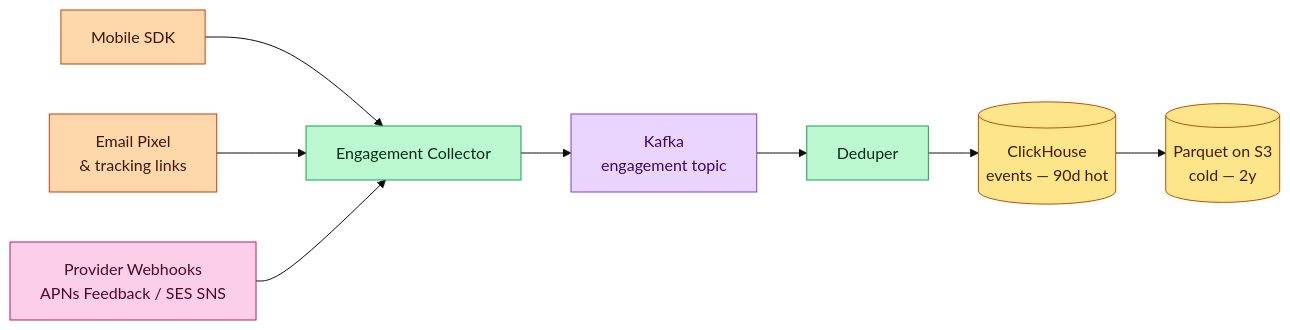
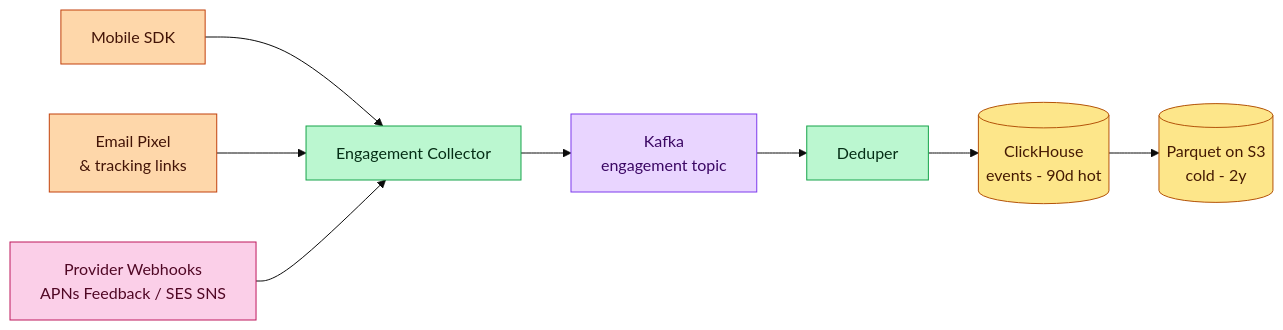
Before and after one commit to iluzn/HLD-Designs: diagram 11 of 16 in content/hld/NotificationSystem.md, drawn with Mermaid (base theme). The commit also changed other lines of this file and 45 other files, not shown here.

````diff
--- a/content/hld/NotificationSystem.md
+++ b/content/hld/NotificationSystem.md
@@ -812,25 +812,25 @@
 ```mermaid
 flowchart LR
     APP["Mobile SDK"]:::client
     EMAIL["Email Pixel<br/>& tracking links"]:::client
     PROVIDER["Provider Webhooks<br/>APNs Feedback / SES SNS"]:::external
     COLLECT["Engagement Collector"]:::service
     KAFKA["Kafka<br/>engagement topic"]:::async
     DEDUP["Deduper"]:::service
-    DWH[("ClickHouse<br/>events — 90d hot")]:::data
-    COLD[("Parquet on S3<br/>cold — 2y")]:::data
+    DWH[("ClickHouse<br/>events - 90d hot")]:::data
+    COLD[("Parquet on S3<br/>cold - 2y")]:::data
 
     APP --> COLLECT
     EMAIL --> COLLECT
     PROVIDER --> COLLECT
     COLLECT --> KAFKA
     KAFKA --> DEDUP
     DEDUP --> DWH
     DWH --> COLD
 
     classDef client fill:#fed7aa,stroke:#c2410c,color:#431407
     classDef service fill:#bbf7d0,stroke:#16a34a,color:#052e16
     classDef async fill:#e9d5ff,stroke:#7c3aed,color:#3b0764
     classDef data fill:#fde68a,stroke:#b45309,color:#451a03
     classDef external fill:#fbcfe8,stroke:#be185d,color:#500724
 ```
````
